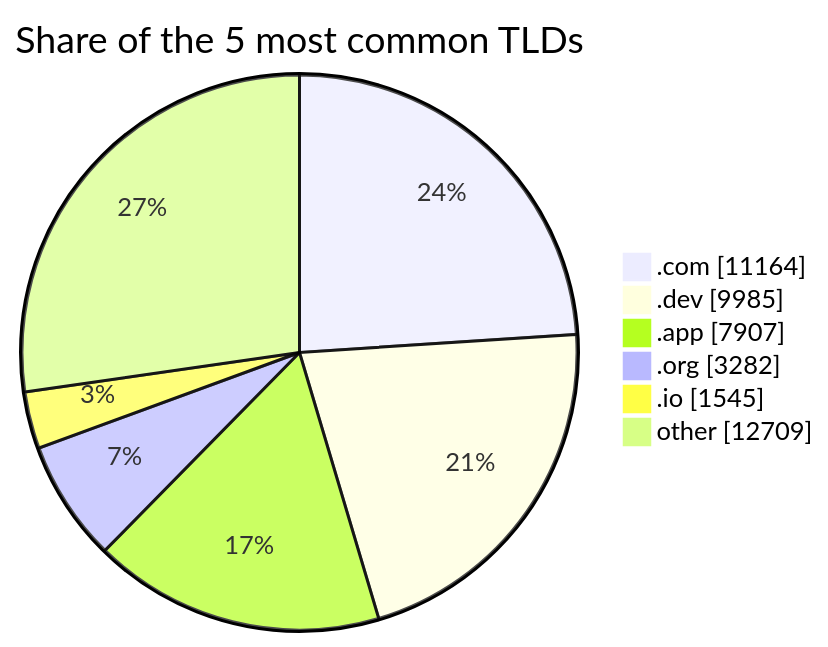
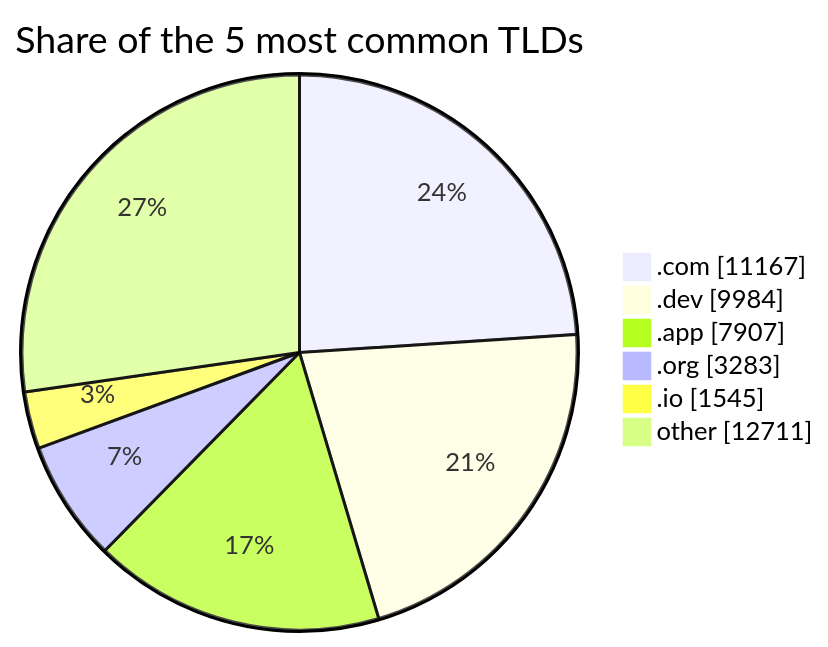
The third of 3 diagrams in README.md (DNSBunker/CTI), drawn with Mermaid before and after one commit. The commit also changed other lines of this file and 3 other files, not shown here.

````diff
--- a/README.md
+++ b/README.md
@@ -81,9 +81,9 @@
 ```mermaid
 pie showData title Share of the 5 most common TLDs
-    ".com" : 11164
-    ".dev" : 9985
+    ".com" : 11167
+    ".dev" : 9984
     ".app" : 7907
-    ".org" : 3282
+    ".org" : 3283
     ".io" : 1545
-    "other" : 12709
+    "other" : 12711
 ```
````
